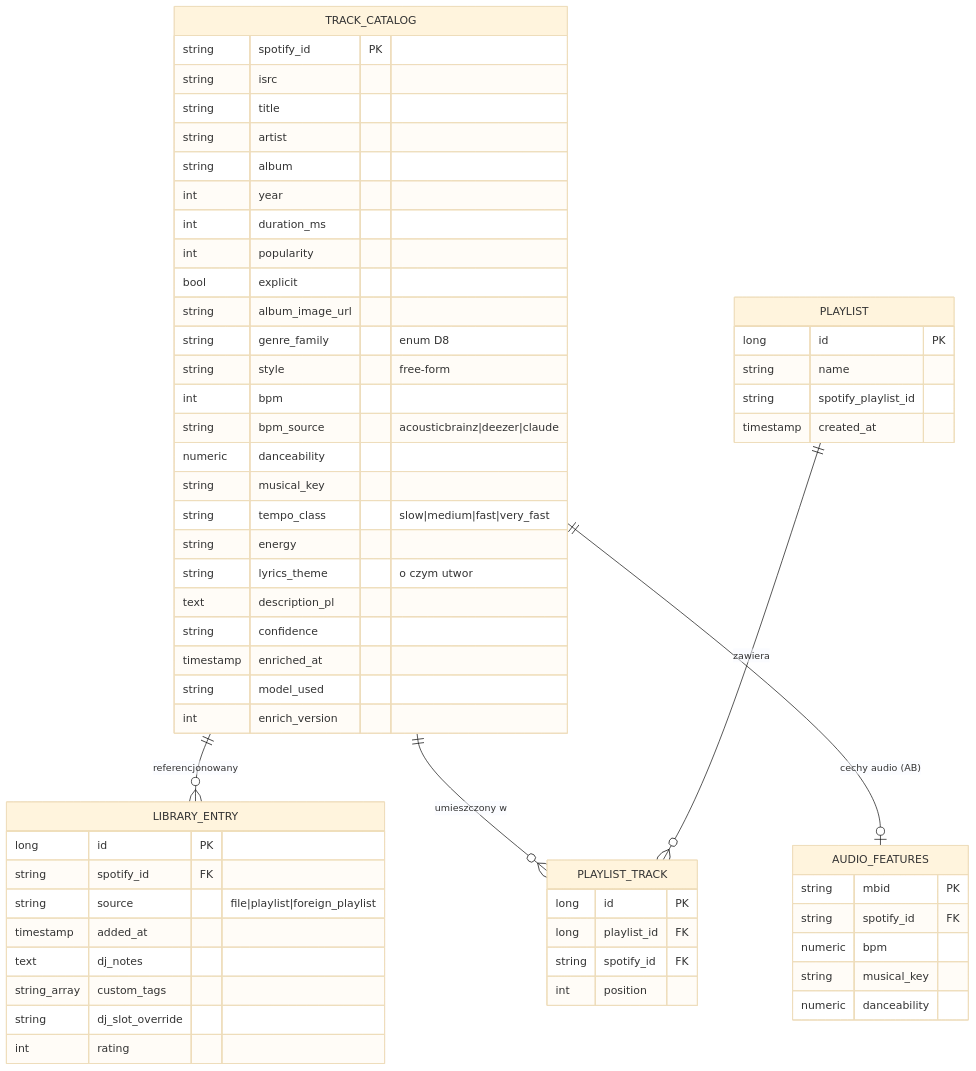
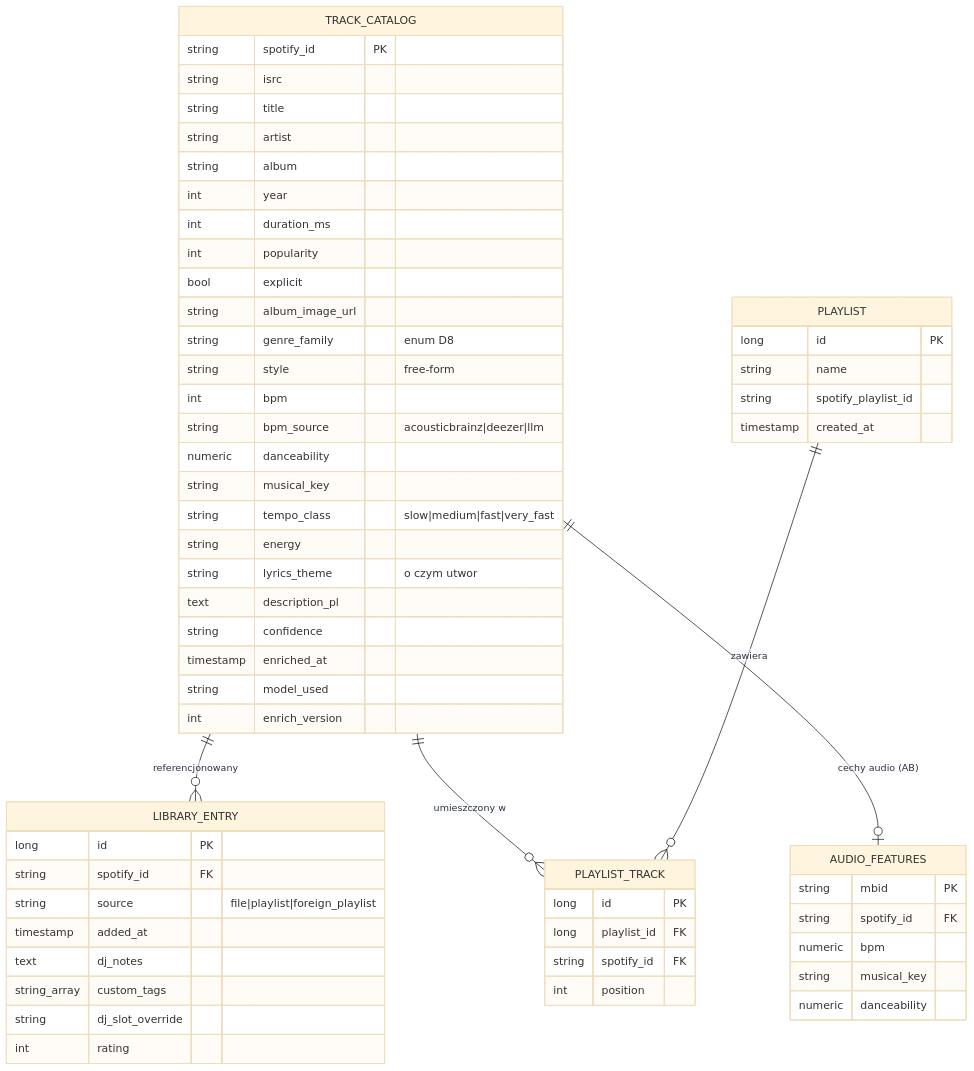
One commit to pgoogol/music-view changed the first of 2 diagrams in docs/PLAN.md. Above: the diagram before and after it, drawn with Mermaid (base theme). The commit also changed other lines of this file and 3 other files, not shown here.

````diff
--- a/docs/PLAN.md
+++ b/docs/PLAN.md
@@ -12,67 +12,67 @@
 ```mermaid
 erDiagram
     TRACK_CATALOG ||--o{ LIBRARY_ENTRY : "referencjonowany"
     TRACK_CATALOG ||--o{ PLAYLIST_TRACK : "umieszczony w"
     TRACK_CATALOG ||--o| AUDIO_FEATURES : "cechy audio (AB)"
     PLAYLIST ||--o{ PLAYLIST_TRACK : "zawiera"
 
     TRACK_CATALOG {
         string spotify_id PK
         string isrc
         string title
         string artist
         string album
         int year
         int duration_ms
         int popularity
         bool explicit
         string album_image_url
         string genre_family "enum D8"
         string style "free-form"
         int bpm
-        string bpm_source "acousticbrainz|deezer|claude"
+        string bpm_source "acousticbrainz|deezer|llm"
         numeric danceability
         string musical_key
         string tempo_class "slow|medium|fast|very_fast"
         string energy
         string lyrics_theme "o czym utwor"
         text description_pl
         string confidence
         timestamp enriched_at
         string model_used
         int enrich_version
     }
 
     AUDIO_FEATURES {
         string mbid PK
         string spotify_id FK
         numeric bpm
         string musical_key
         numeric danceability
     }
 
     LIBRARY_ENTRY {
         long id PK
         string spotify_id FK
         string source "file|playlist|foreign_playlist"
         timestamp added_at
         text dj_notes
         string_array custom_tags
         string dj_slot_override
         int rating
     }
 
     PLAYLIST {
         long id PK
         string name
         string spotify_playlist_id
         timestamp created_at
     }
 
     PLAYLIST_TRACK {
         long id PK
         long playlist_id FK
         string spotify_id FK
         int position
     }
 ```
````
